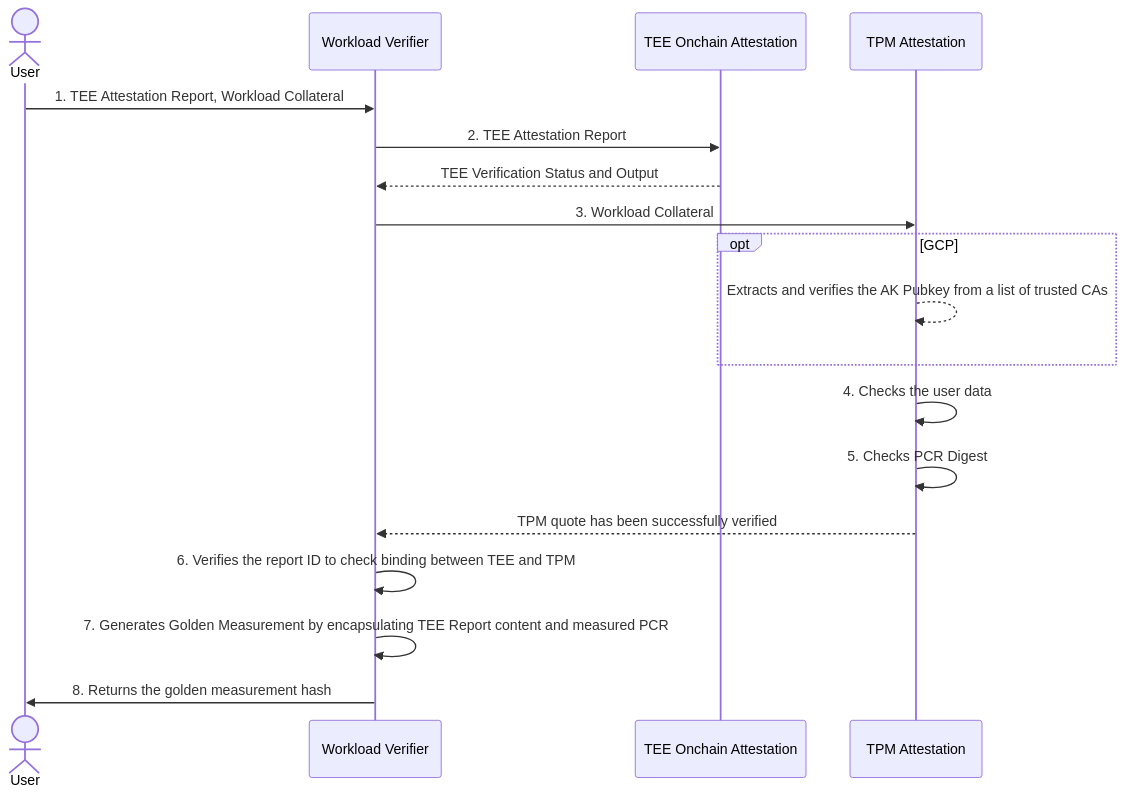
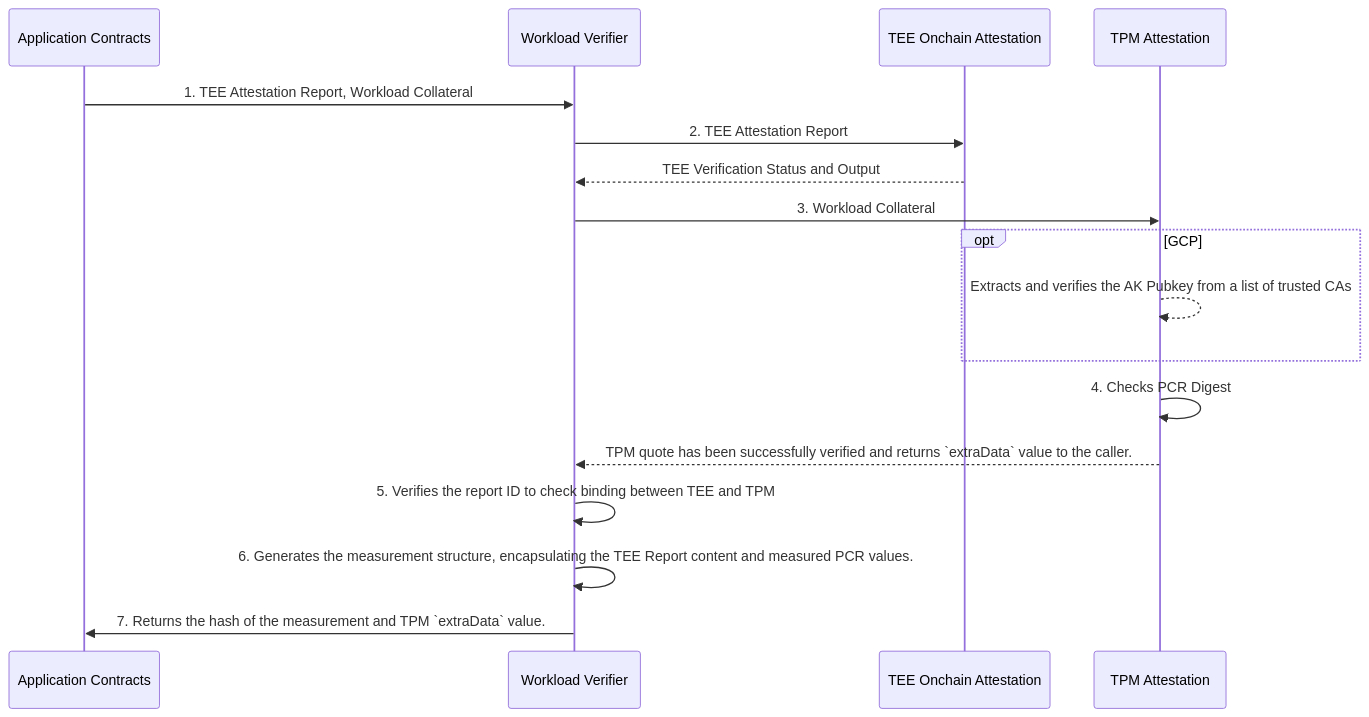
The diagram in README.md (automata-network/automata-tee-workload-measurement), drawn with Mermaid before and after one commit. The commit also changed other lines of this file and 52 other files, not shown here.

````diff
--- a/README.md
+++ b/README.md
@@ -13,22 +13,21 @@
 ```mermaid
 sequenceDiagram
-    actor U as User
+    participant A as Application Contracts
     participant W as Workload Verifier
     participant TEE as TEE Onchain Attestation
     participant TPM as TPM Attestation
 
-    U->>W: 1. TEE Attestation Report, Workload Collateral
+    A->>W: 1. TEE Attestation Report, Workload Collateral
     W->>TEE: 2. TEE Attestation Report
     TEE-->>W: TEE Verification Status and Output
     W->>TPM: 3. Workload Collateral
     opt GCP
         TPM-->>TPM: Extracts and verifies the AK Pubkey from a list of trusted CAs
     end
-    TPM->>TPM: 4. Checks the user data
-    TPM->>TPM: 5. Checks PCR Digest
-    TPM-->>W: TPM quote has been successfully verified
-    W->>W: 6. Verifies the report ID to check binding between TEE and TPM
-    W->>W: 7. Generates Golden Measurement by encapsulating TEE Report content and measured PCR
-    W->>U: 8. Returns the golden measurement hash
+    TPM->>TPM: 4. Checks PCR Digest
+    TPM-->>W: TPM quote has been successfully verified and returns `extraData` value to the caller.
+    W->>W: 5. Verifies the report ID to check binding between TEE and TPM
+    W->>W: 6. Generates the measurement structure, encapsulating the TEE Report content and measured PCR values.
+    W->>A: 7. Returns the hash of the measurement and TPM `extraData` value.
 
 ```
````
